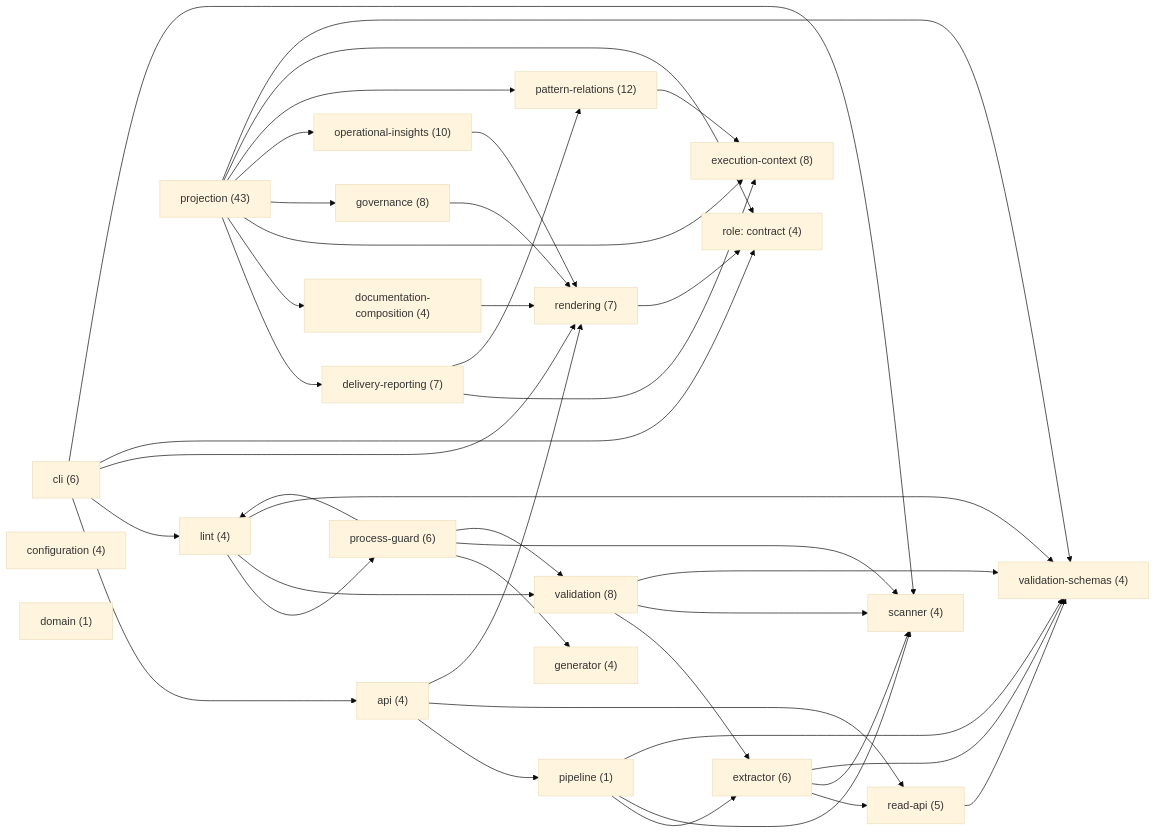
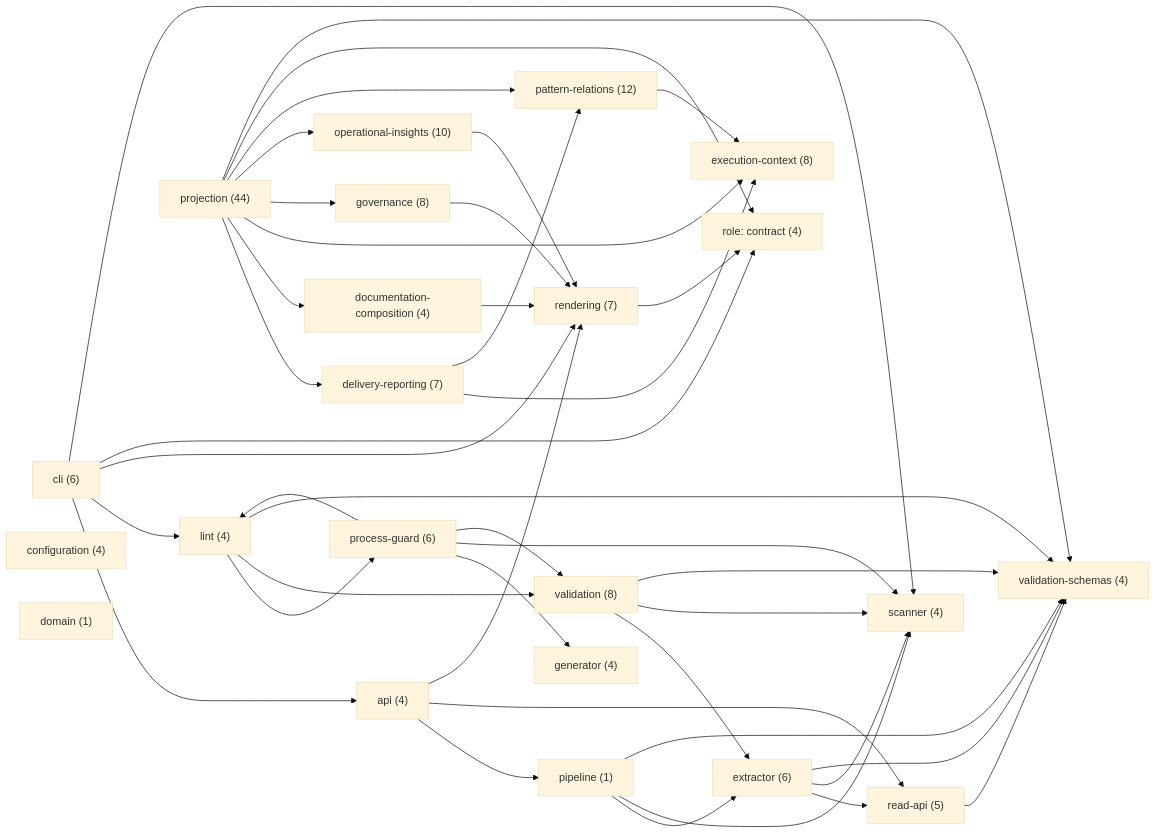
The first of 23 diagrams in docs-live/ARCHITECTURE.md (libar-dev/architect), drawn with Mermaid (base theme) before and after one commit. The commit also changed other lines of this file and 10 other files, not shown here.

````diff
--- a/docs-live/ARCHITECTURE.md
+++ b/docs-live/ARCHITECTURE.md
@@ -18,65 +18,65 @@
 ```mermaid
 graph LR
   api["api (4)"]
   cli["cli (6)"]
   configuration["configuration (4)"]
   delivery_reporting["delivery-reporting (7)"]
   documentation_composition["documentation-composition (4)"]
   domain["domain (1)"]
   execution_context["execution-context (8)"]
   extractor["extractor (6)"]
   generator["generator (4)"]
   governance["governance (8)"]
   lint["lint (4)"]
   operational_insights["operational-insights (10)"]
   pattern_relations["pattern-relations (12)"]
   pipeline["pipeline (1)"]
   process_guard["process-guard (6)"]
-  projection["projection (43)"]
+  projection["projection (44)"]
   read_api["read-api (5)"]
   rendering["rendering (7)"]
   scanner["scanner (4)"]
   validation["validation (8)"]
   validation_schemas["validation-schemas (4)"]
   role_contract["role: contract (4)"]
   api --> pipeline
   api --> read_api
   api --> rendering
   cli --> api
   cli --> lint
   cli --> rendering
   cli --> role_contract
   cli --> scanner
   delivery_reporting --> execution_context
   delivery_reporting --> pattern_relations
   documentation_composition --> rendering
   extractor --> read_api
   extractor --> scanner
   extractor --> validation_schemas
   governance --> rendering
   lint --> process_guard
   lint --> validation
   lint --> validation_schemas
   operational_insights --> rendering
   pattern_relations --> execution_context
   pipeline --> extractor
   pipeline --> scanner
   pipeline --> validation_schemas
   process_guard --> generator
   process_guard --> lint
   process_guard --> scanner
   process_guard --> validation
   projection --> delivery_reporting
   projection --> documentation_composition
   projection --> execution_context
   projection --> governance
   projection --> operational_insights
   projection --> pattern_relations
   projection --> role_contract
   projection --> validation_schemas
   read_api --> validation_schemas
   rendering --> role_contract
   validation --> extractor
   validation --> scanner
   validation --> validation_schemas
 ```
````
